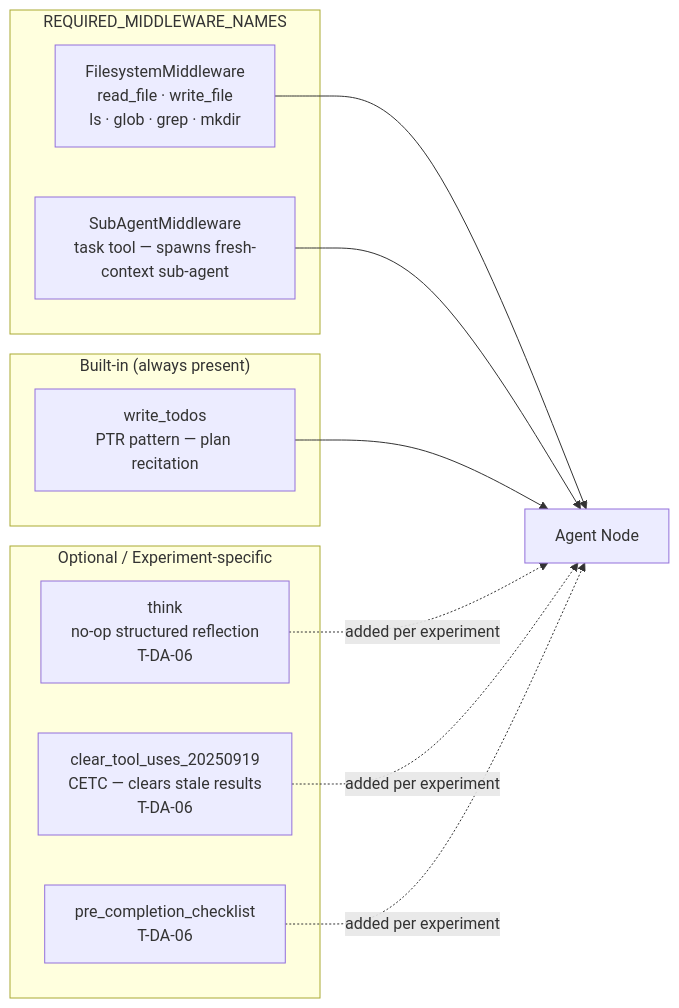
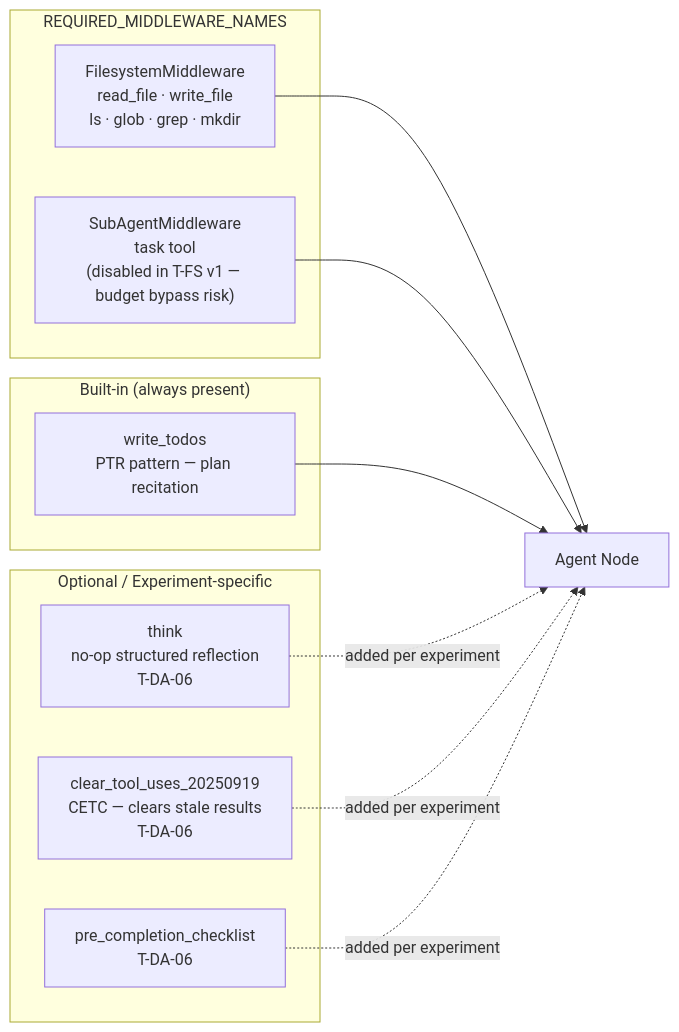
One commit to nhatduong-agilityio/deep-agents changed the third of 5 diagrams in docs/diagrams/02-agent-graph.md. Above: the diagram before and after it, drawn with Mermaid. The commit also changed other lines of this file and 14 other files, not shown here.

Commit message:
docs: update T-FS plan and align diagrams to new design

````diff
--- a/docs/diagrams/02-agent-graph.md
+++ b/docs/diagrams/02-agent-graph.md
@@ -40,24 +40,24 @@
 ```mermaid
 graph LR
     subgraph Required["REQUIRED_MIDDLEWARE_NAMES"]
         FM["FilesystemMiddleware\nread_file · write_file\nls · glob · grep · mkdir"]
-        SM["SubAgentMiddleware\ntask tool — spawns fresh-context sub-agent"]
+        SM["SubAgentMiddleware\ntask tool\n(disabled in T-FS v1 — budget bypass risk)"]
     end
 
     subgraph BuiltIn["Built-in (always present)"]
         WT["write_todos\nPTR pattern — plan recitation"]
     end
 
     subgraph Optional["Optional / Experiment-specific"]
         TH["think\nno-op structured reflection\nT-DA-06"]
         CL["clear_tool_uses_20250919\nCETC — clears stale results\nT-DA-06"]
         CHK["pre_completion_checklist\nT-DA-06"]
     end
 
     FM --> Agent["Agent Node"]
     SM --> Agent
     WT --> Agent
     TH -.->|"added per experiment"| Agent
     CL -.->|"added per experiment"| Agent
     CHK -.->|"added per experiment"| Agent
 ```
````
